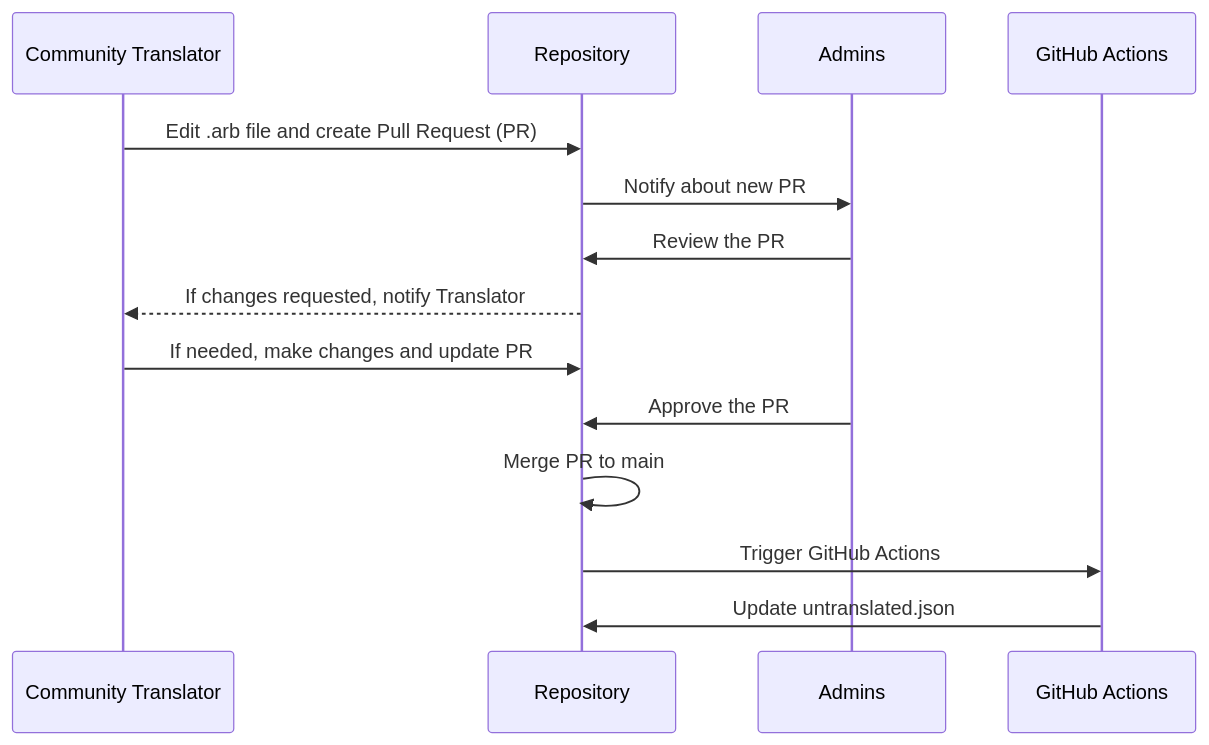
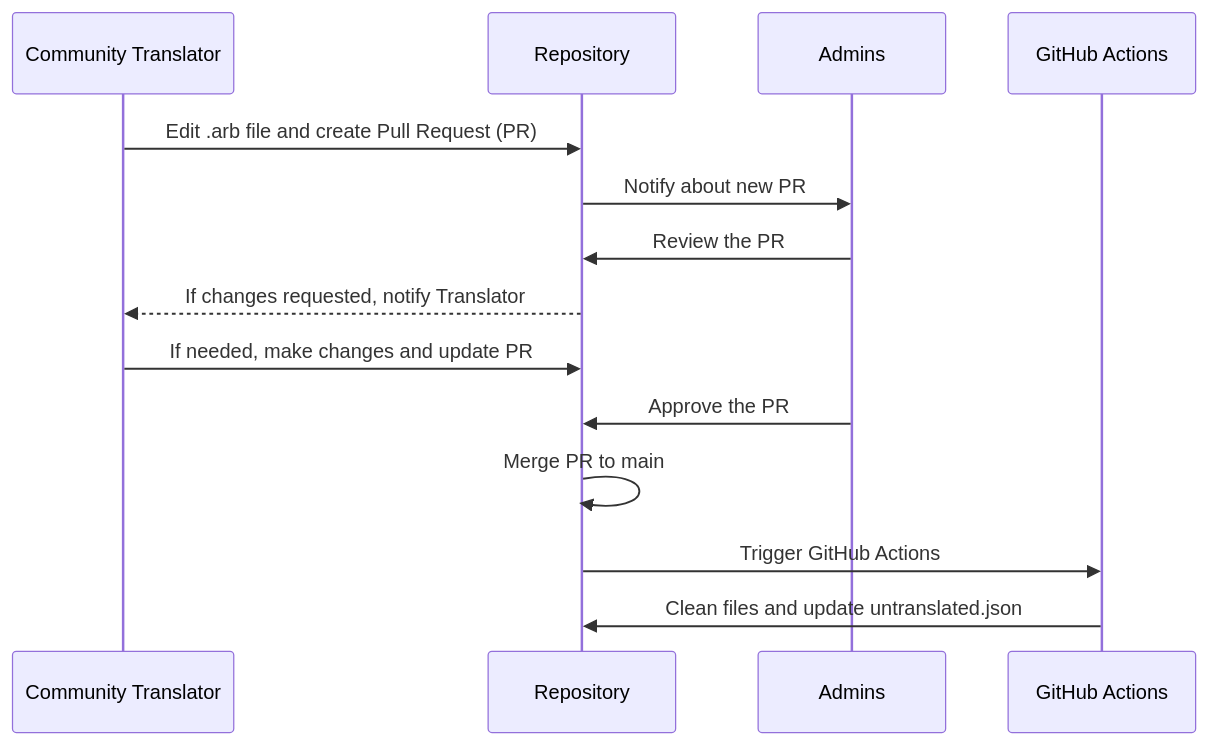
The diagram in README.md (deckblue/l10n), drawn with Mermaid before and after one commit.

Commit message:
add event

````diff
--- a/README.md
+++ b/README.md
@@ -24,17 +24,17 @@
 ```mermaid
 sequenceDiagram
     participant C as Community Translator
     participant R as Repository
     participant A as Admins
     participant GHA as GitHub Actions
 
     C->>R: Edit .arb file and create Pull Request (PR)
     R->>A: Notify about new PR
     A->>R: Review the PR
     R-->>C: If changes requested, notify Translator
     C->>R: If needed, make changes and update PR
     A->>R: Approve the PR
     R->>R: Merge PR to main
     R->>GHA: Trigger GitHub Actions
-    GHA->>R: Update untranslated.json
+    GHA->>R: Clean files and update untranslated.json
 ```
````
